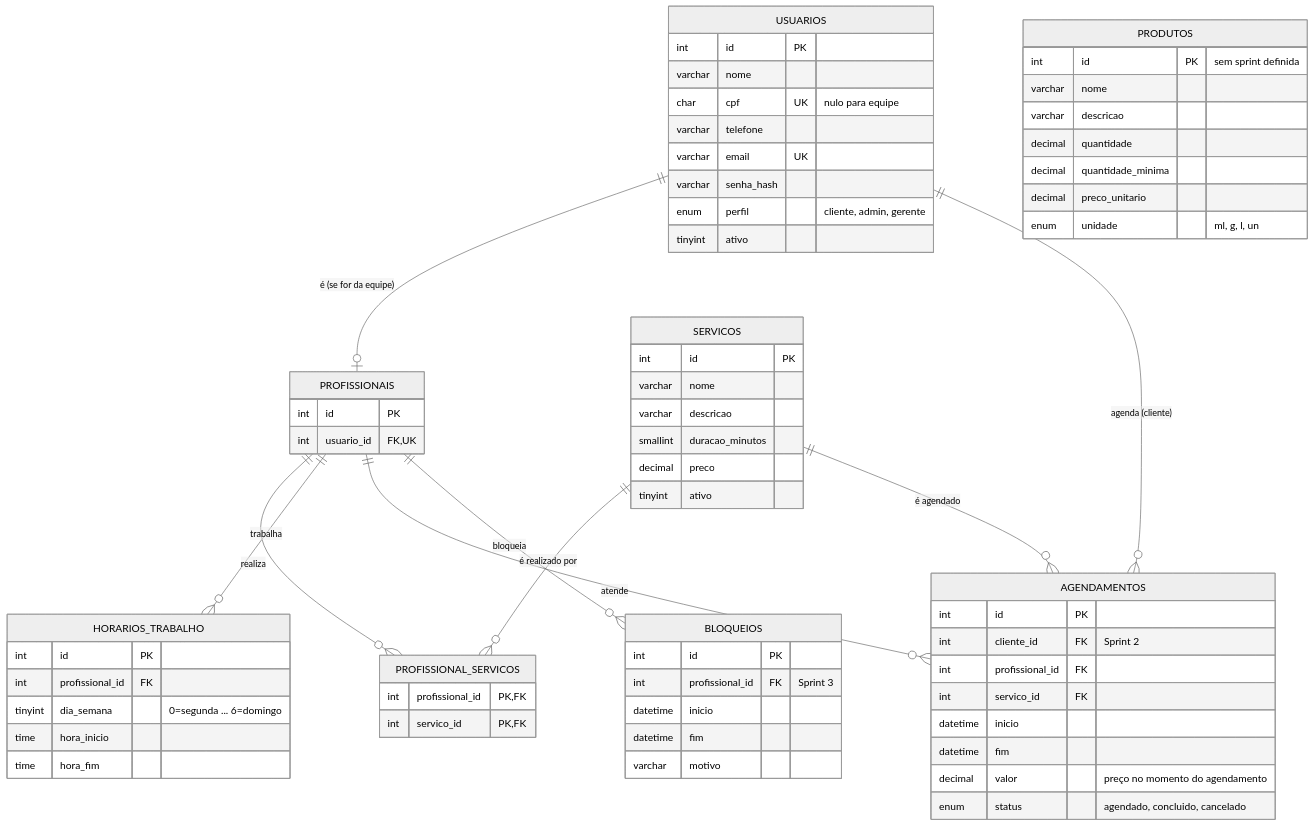
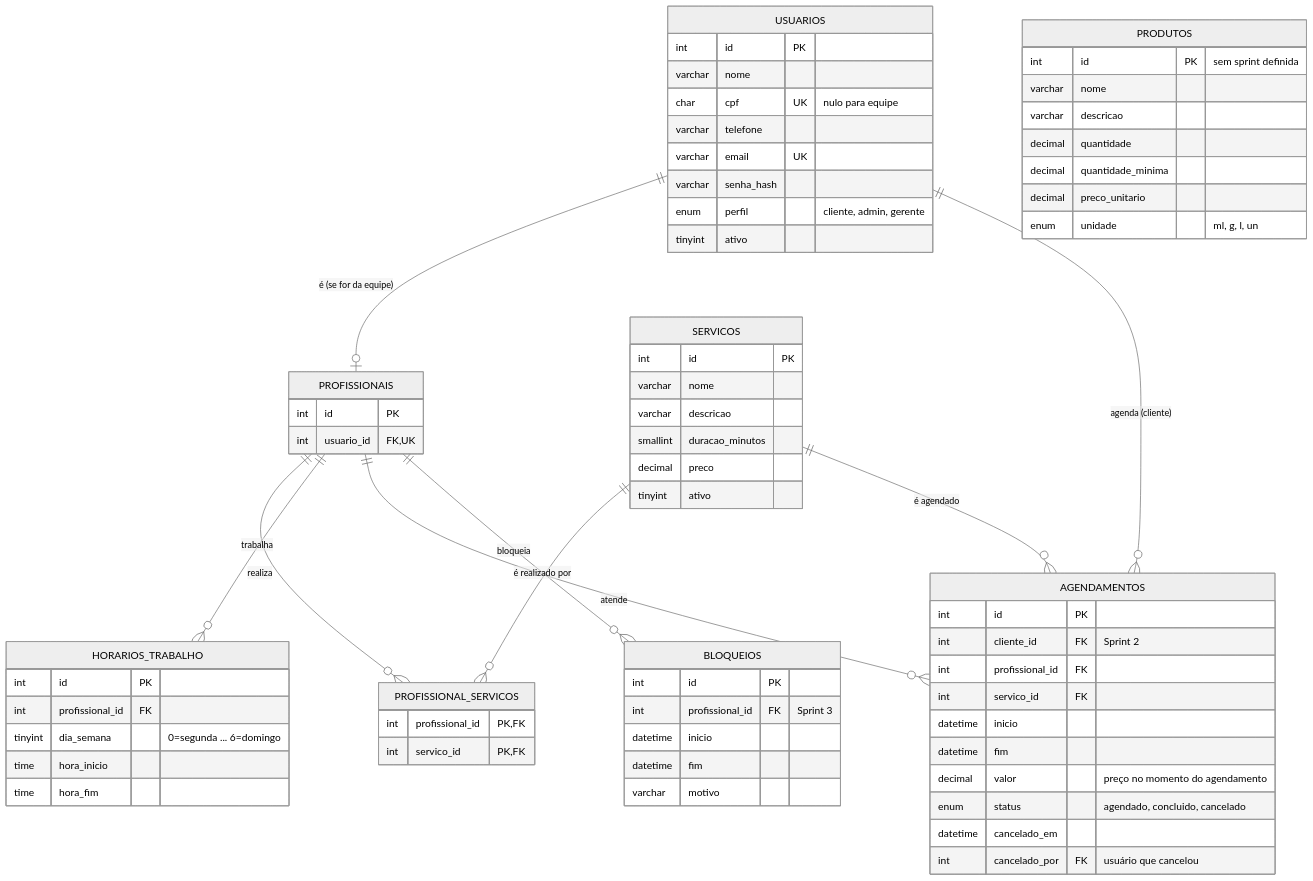
One commit to PI-6/PI-VI-2026 changed the diagram in docs/mer.md. Above: the diagram before and after it, drawn with Mermaid (neutral theme). The commit also changed other lines of this file, not shown here.

First line of the commit message:
docs(mer): agendamento excluído passa a ficar como cancelado

````diff
--- a/docs/mer.md
+++ b/docs/mer.md
@@ -16,71 +16,73 @@
 ```mermaid
 erDiagram
     USUARIOS ||--o| PROFISSIONAIS : "é (se for da equipe)"
     PROFISSIONAIS ||--o{ PROFISSIONAL_SERVICOS : realiza
     SERVICOS ||--o{ PROFISSIONAL_SERVICOS : "é realizado por"
     PROFISSIONAIS ||--o{ HORARIOS_TRABALHO : trabalha
     USUARIOS ||--o{ AGENDAMENTOS : "agenda (cliente)"
     PROFISSIONAIS ||--o{ AGENDAMENTOS : atende
     SERVICOS ||--o{ AGENDAMENTOS : "é agendado"
     PROFISSIONAIS ||--o{ BLOQUEIOS : bloqueia
 
     USUARIOS {
         int id PK
         varchar nome
         char cpf UK "nulo para equipe"
         varchar telefone
         varchar email UK
         varchar senha_hash
         enum perfil "cliente, admin, gerente"
         tinyint ativo
     }
     PROFISSIONAIS {
         int id PK
         int usuario_id FK,UK
     }
     SERVICOS {
         int id PK
         varchar nome
         varchar descricao
         smallint duracao_minutos
         decimal preco
         tinyint ativo
     }
     PROFISSIONAL_SERVICOS {
         int profissional_id PK,FK
         int servico_id PK,FK
     }
     HORARIOS_TRABALHO {
         int id PK
         int profissional_id FK
         tinyint dia_semana "0=segunda ... 6=domingo"
         time hora_inicio
         time hora_fim
     }
     AGENDAMENTOS {
         int id PK
         int cliente_id FK "Sprint 2"
         int profissional_id FK
         int servico_id FK
         datetime inicio
         datetime fim
         decimal valor "preço no momento do agendamento"
         enum status "agendado, concluido, cancelado"
+        datetime cancelado_em
+        int cancelado_por FK "usuário que cancelou"
     }
     BLOQUEIOS {
         int id PK
         int profissional_id FK "Sprint 3"
         datetime inicio
         datetime fim
         varchar motivo
     }
     PRODUTOS {
         int id PK "sem sprint definida"
         varchar nome
         varchar descricao
         decimal quantidade
         decimal quantidade_minima
         decimal preco_unitario
         enum unidade "ml, g, l, un"
     }
 ```
````
